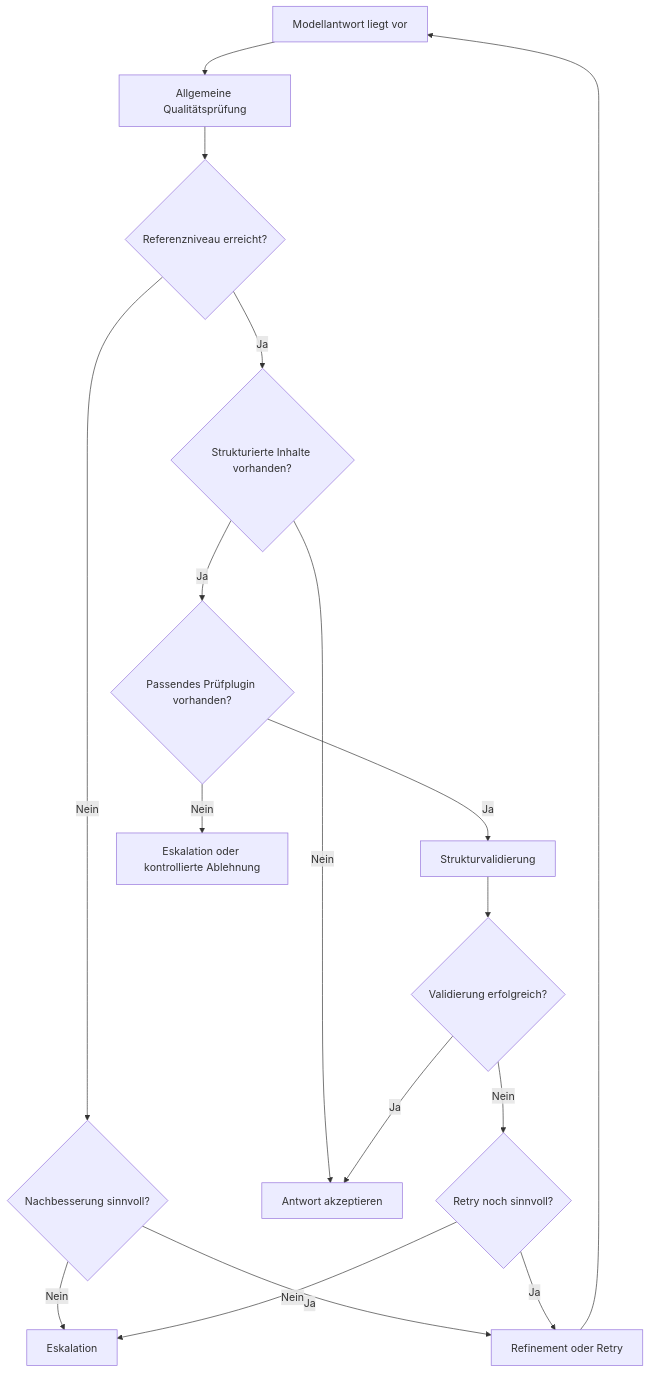
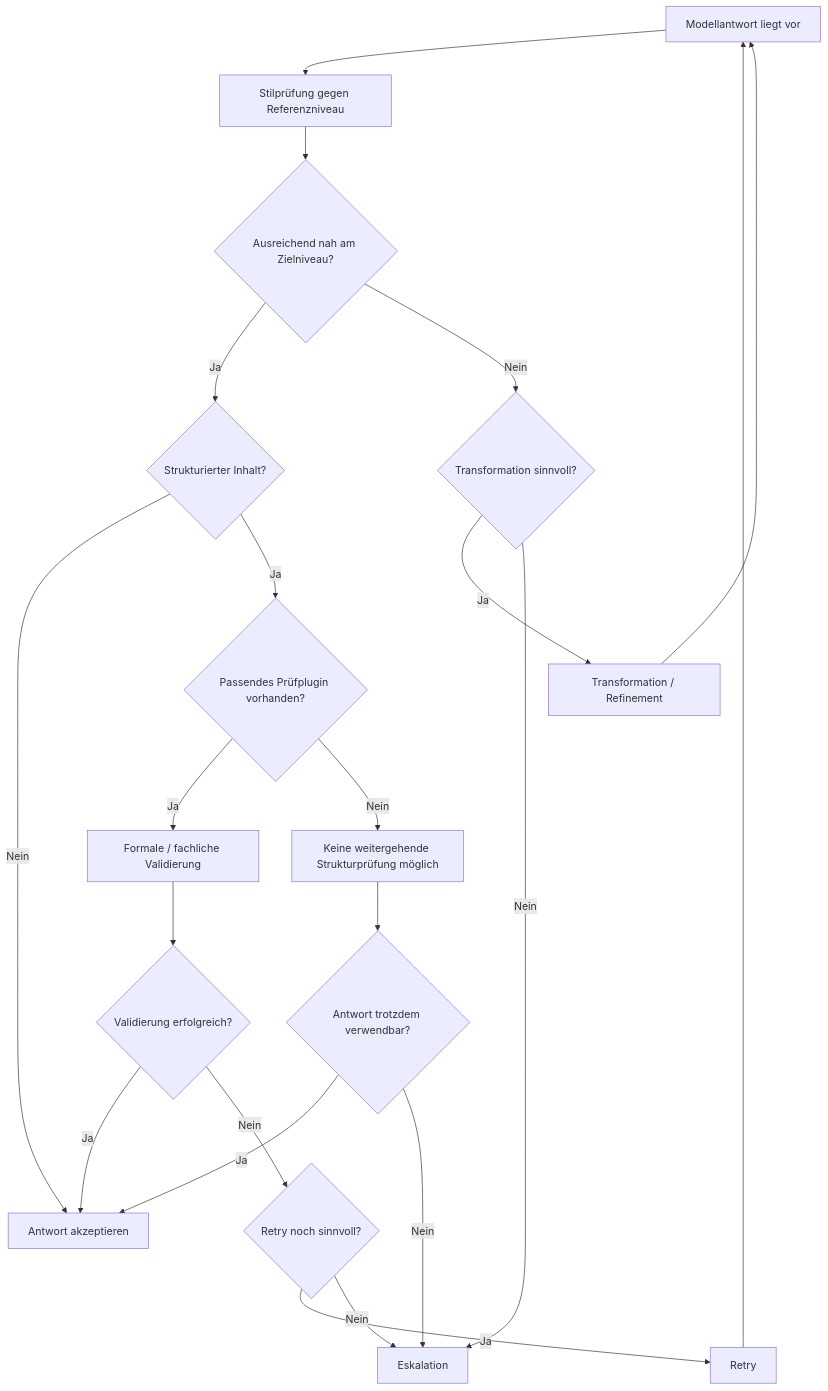
Before and after one commit to max-dingsda/MDAL: the diagram in Docs/09-decision-model.md, drawn with Mermaid. The commit also changed other lines of this file and 7 other files, not shown here.

````diff
--- a/Docs/09-decision-model.md
+++ b/Docs/09-decision-model.md
@@ -79,25 +120,30 @@
 ```mermaid
 flowchart TD
-    A[Modellantwort liegt vor] --> B[Allgemeine Qualitätsprüfung]
-    B --> C{Referenzniveau erreicht?}
+    A[Modellantwort liegt vor] --> B[Stilprüfung gegen Referenzniveau]
+    B --> C{Ausreichend nah am Zielniveau?}
 
-    C -- Ja --> D{Strukturierte Inhalte vorhanden?}
-    C -- Nein --> E{Nachbesserung sinnvoll?}
+    C -- Ja --> D{Strukturierter Inhalt?}
+    C -- Nein --> E{Transformation sinnvoll?}
 
     D -- Nein --> F[Antwort akzeptieren]
     D -- Ja --> G{Passendes Prüfplugin vorhanden?}
 
-    G -- Ja --> H[Strukturvalidierung]
+    G -- Ja --> H[Formale / fachliche Validierung]
     H --> I{Validierung erfolgreich?}
     I -- Ja --> F
     I -- Nein --> J{Retry noch sinnvoll?}
 
-    G -- Nein --> K[Eskalation oder kontrollierte Ablehnung]
+    G -- Nein --> K[Keine weitergehende Strukturprüfung möglich]
 
-    E -- Ja --> L[Refinement oder Retry]
+    E -- Ja --> L[Transformation / Refinement]
     L --> A
     E -- Nein --> M[Eskalation]
 
-    J -- Ja --> L
+    J -- Ja --> N[Retry]
+    N --> A
     J -- Nein --> M
+
+    K --> O{Antwort trotzdem verwendbar?}
+    O -- Ja --> F
+    O -- Nein --> M
 ```
````
